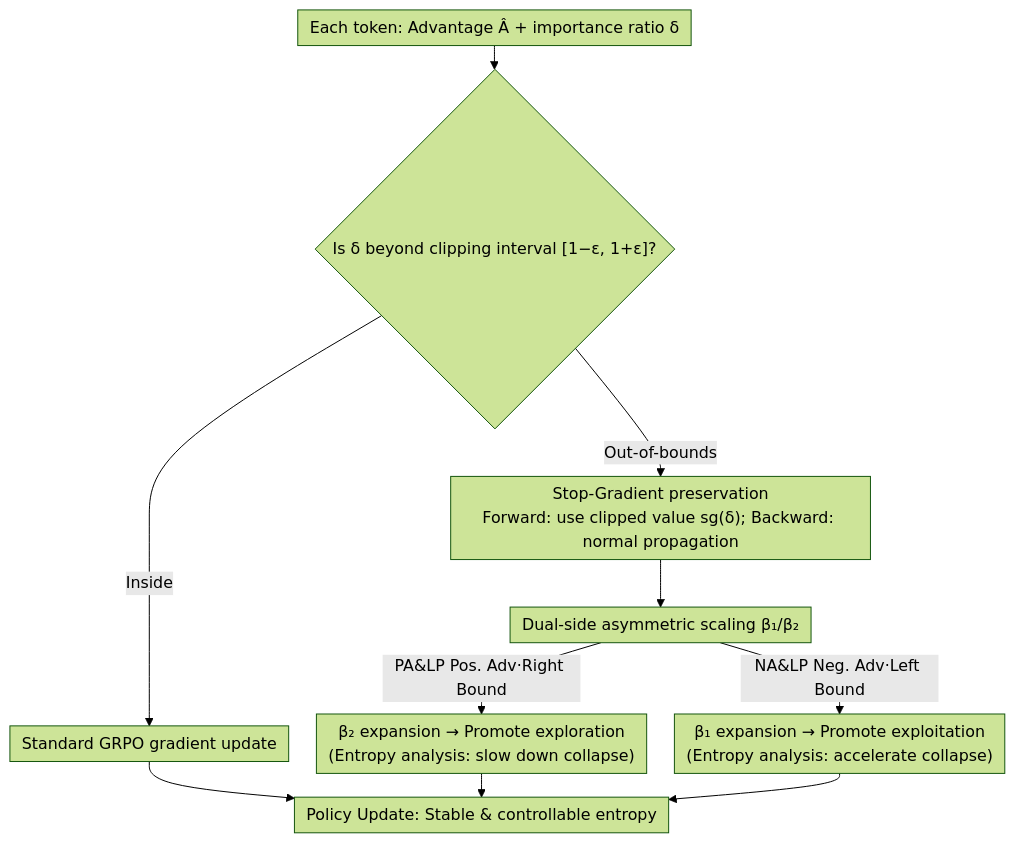
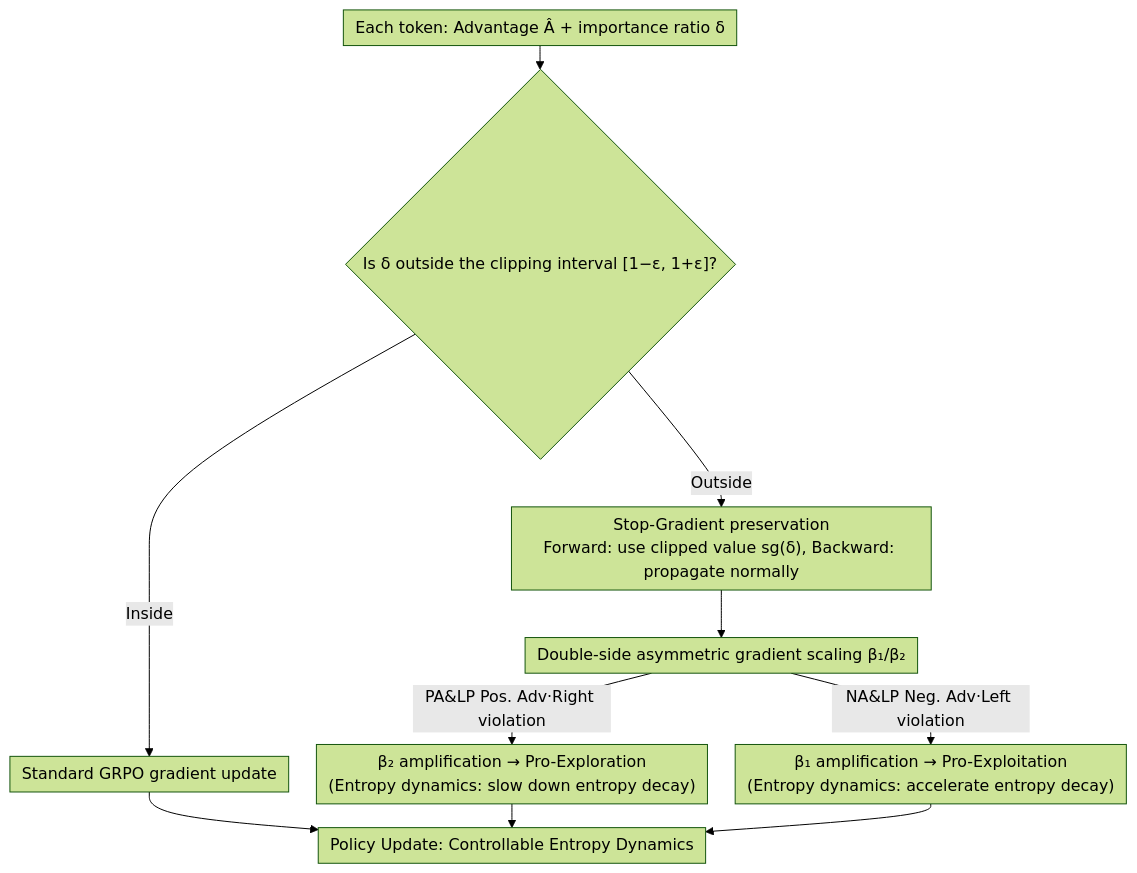
The diagram in docs/ACL2026/reinforcement_learning/ce-gppo_coordinating_entropy_via_gradient-preserving_clipping_policy_optimizatio.md (zhaoyang97/Paper-Notes-en), drawn with Mermaid (forest theme) before and after one commit. The commit also changed other lines of this file and 5084 other files, not shown here.

````diff
--- a/docs/ACL2026/reinforcement_learning/ce-gppo_coordinating_entropy_via_gradient-preserving_clipping_policy_optimizatio.md
+++ b/docs/ACL2026/reinforcement_learning/ce-gppo_coordinating_entropy_via_gradient-preserving_clipping_policy_optimizatio.md
@@ -44,13 +44,13 @@
 ```mermaid
 %%{init: {'flowchart': {'rankSpacing': 24, 'nodeSpacing': 28, 'padding': 6, 'wrappingWidth': 400}}}%%
 flowchart TD
-    A["Each token: Advantage Â + importance ratio δ"] --> B{"Is δ beyond clipping interval [1−ε, 1+ε]?"}
+    A["Each token: Advantage Â + importance ratio δ"] --> B{"Is δ outside the clipping interval [1−ε, 1+ε]?"}
     B -->|"Inside"| C["Standard GRPO gradient update"]
-    B -->|"Out-of-bounds"| D["Stop-Gradient preservation<br/>Forward: use clipped value sg(δ); Backward: normal propagation"]
-    D --> E["Dual-side asymmetric scaling β₁/β₂"]
-    E -->|"PA&LP Pos. Adv·Right Bound"| F["β₂ expansion → Promote exploration<br/>(Entropy analysis: slow down collapse)"]
-    E -->|"NA&LP Neg. Adv·Left Bound"| G["β₁ expansion → Promote exploitation<br/>(Entropy analysis: accelerate collapse)"]
-    C --> H["Policy Update: Stable & controllable entropy"]
+    B -->|"Outside"| D["Stop-Gradient preservation<br/>Forward: use clipped value sg(δ), Backward: propagate normally"]
+    D --> E["Double-side asymmetric gradient scaling β₁/β₂"]
+    E -->|"PA&LP Pos. Adv·Right violation"| F["β₂ amplification → Pro-Exploration<br/>(Entropy dynamics: slow down entropy decay)"]
+    E -->|"NA&LP Neg. Adv·Left violation"| G["β₁ amplification → Pro-Exploitation<br/>(Entropy dynamics: accelerate entropy decay)"]
+    C --> H["Policy Update: Controllable Entropy Dynamics"]
     F --> H
     G --> H
 ```
````
